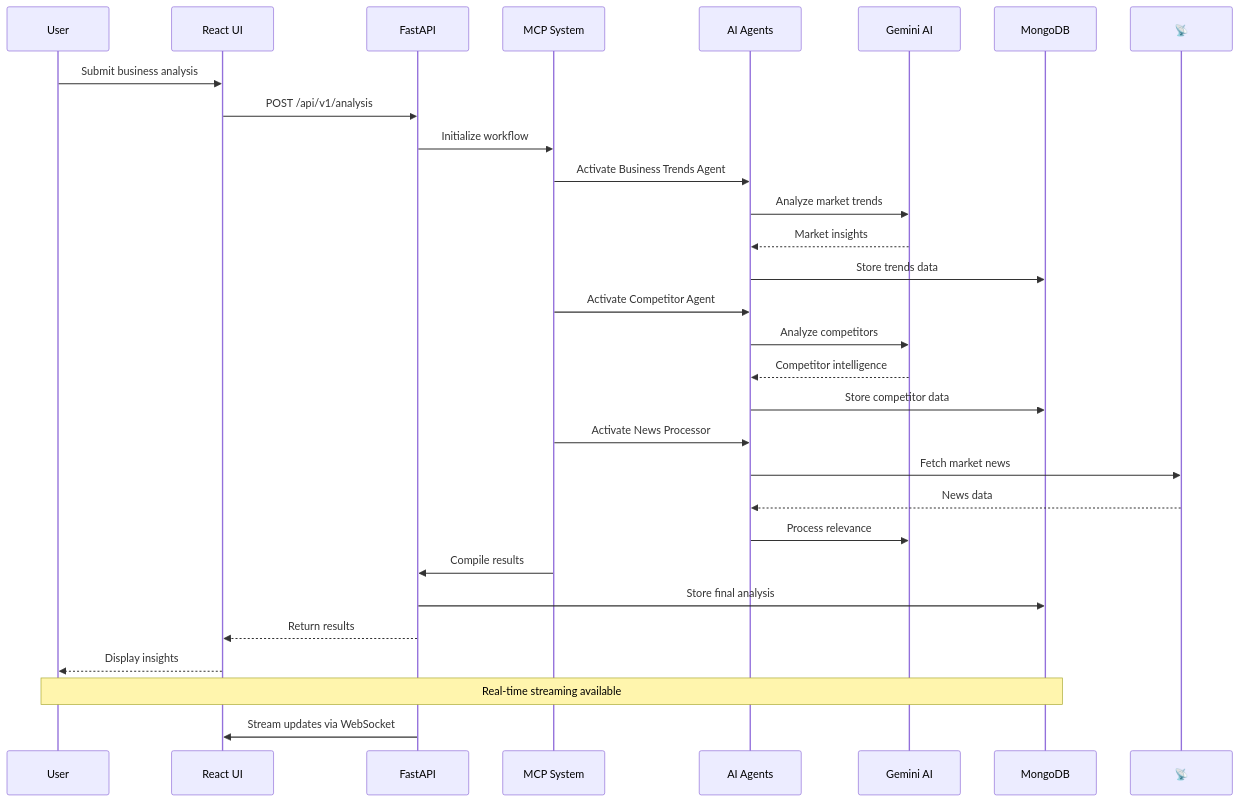
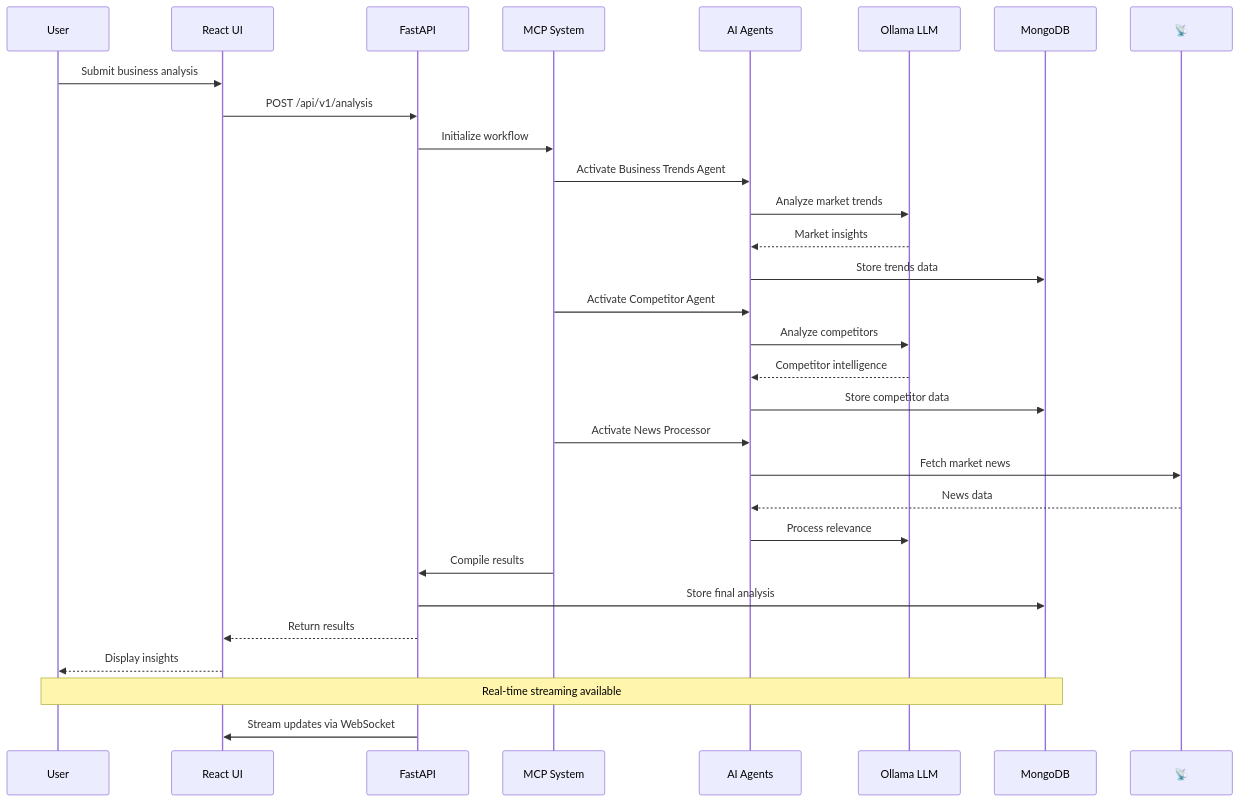
One commit to ChamsFares/Opportunity_Detetion_AI_platform changed the third of 10 diagrams in ARCHITECTURE.md. Above: the diagram before and after it, drawn with Mermaid. The commit also changed other lines of this file and 2 other files, not shown here.

````diff
--- a/ARCHITECTURE.md
+++ b/ARCHITECTURE.md
@@ -137,37 +137,37 @@
 ```mermaid
 sequenceDiagram
     participant 👤 as User
     participant 🖥️ as React UI
     participant 🚀 as FastAPI
     participant 🤖 as MCP System
     participant 🧠 as AI Agents
-    participant 🔮 as Gemini AI
+    participant 🔮 as Ollama LLM
     participant 💾 as MongoDB
     
     👤->>🖥️: Submit business analysis
     🖥️->>🚀: POST /api/v1/analysis
     🚀->>🤖: Initialize workflow
     
     🤖->>🧠: Activate Business Trends Agent
     🧠->>🔮: Analyze market trends
     🔮-->>🧠: Market insights
     🧠->>💾: Store trends data
     
     🤖->>🧠: Activate Competitor Agent
     🧠->>🔮: Analyze competitors
     🔮-->>🧠: Competitor intelligence
     🧠->>💾: Store competitor data
     
     🤖->>🧠: Activate News Processor
     🧠->>📡: Fetch market news
     📡-->>🧠: News data
     🧠->>🔮: Process relevance
     
     🤖->>🚀: Compile results
     🚀->>💾: Store final analysis
     🚀-->>🖥️: Return results
     🖥️-->>👤: Display insights
     
     Note over 👤,💾: Real-time streaming available
     🚀->>🖥️: Stream updates via WebSocket
 ```
````
